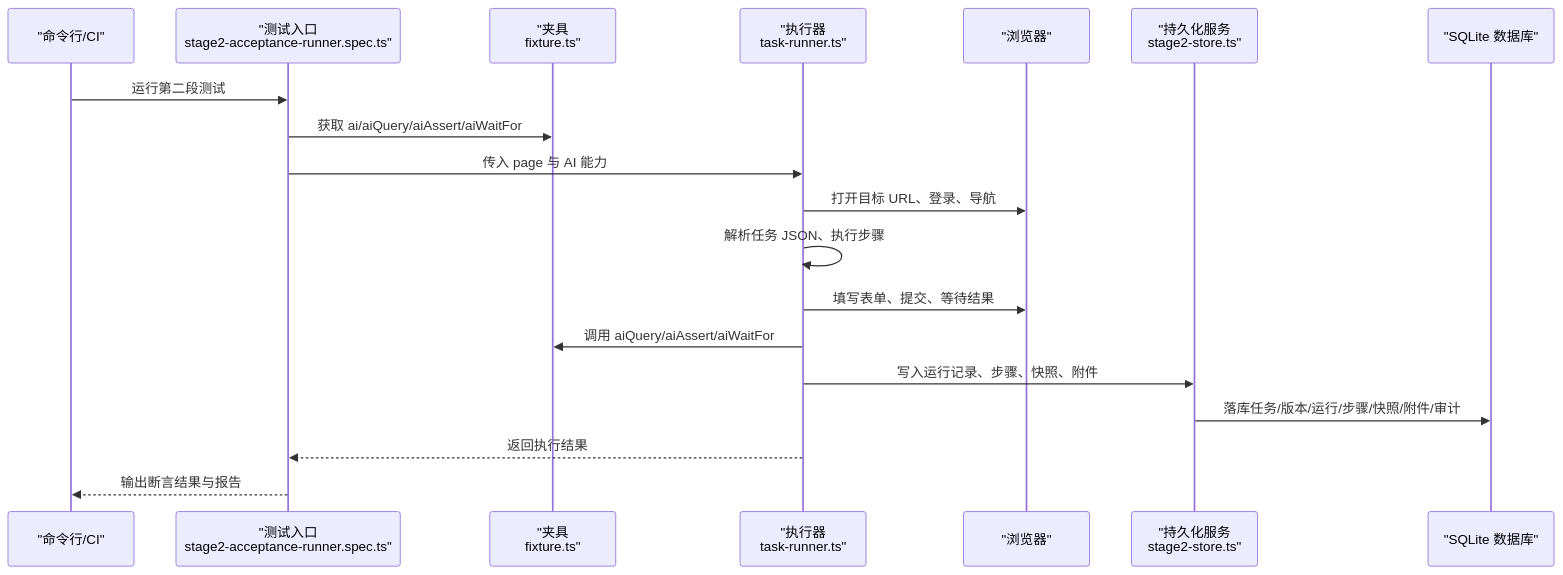
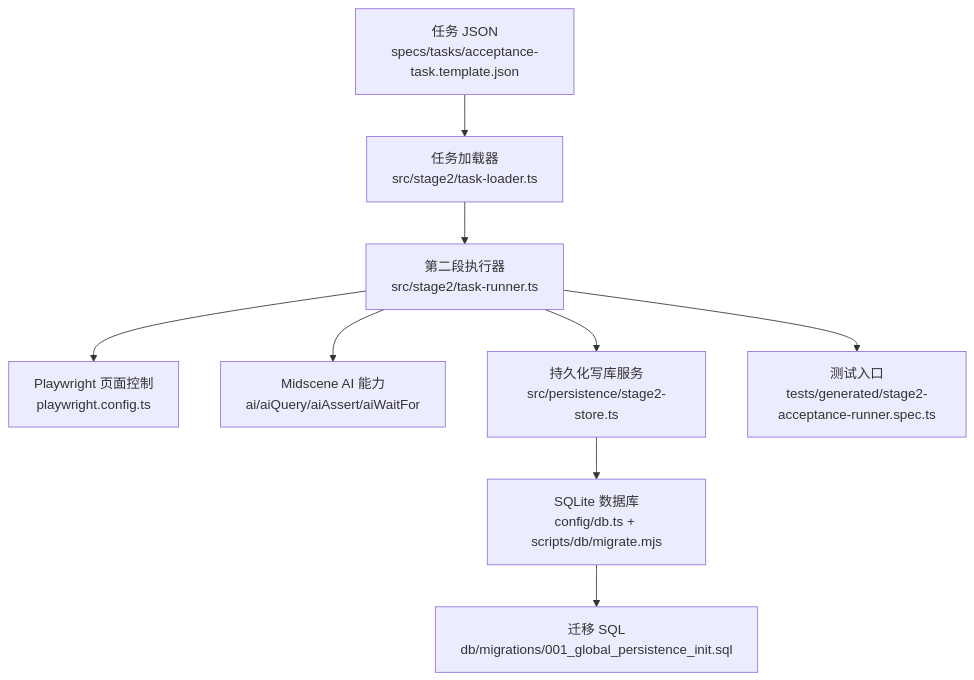
The second of 8 diagrams in .qoder/repowiki/zh/content/项目概述.md (Jiane-EJ/playwright-mind), drawn with Mermaid before and after one commit. The commit also changed other lines of this file and 151 other files, not shown here.

````diff
--- a/.qoder/repowiki/zh/content/项目概述.md
+++ b/.qoder/repowiki/zh/content/项目概述.md
@@ -134,21 +142,11 @@
 ```mermaid
-sequenceDiagram
-participant CLI as "命令行/CI"
-participant Spec as "测试入口<br/>stage2-acceptance-runner.spec.ts"
-participant Fix as "夹具<br/>fixture.ts"
-participant Runner as "执行器<br/>task-runner.ts"
-participant Browser as "浏览器"
-participant Store as "持久化服务<br/>stage2-store.ts"
-participant DB as "SQLite 数据库"
-CLI->>Spec : 运行第二段测试
-Spec->>Fix : 获取 ai/aiQuery/aiAssert/aiWaitFor
-Spec->>Runner : 传入 page 与 AI 能力
-Runner->>Browser : 打开目标 URL、登录、导航
-Runner->>Runner : 解析任务 JSON、执行步骤
-Runner->>Browser : 填写表单、提交、等待结果
-Runner->>Fix : 调用 aiQuery/aiAssert/aiWaitFor
-Runner->>Store : 写入运行记录、步骤、快照、附件
-Store->>DB : 落库任务/版本/运行/步骤/快照/附件/审计
-Runner-->>Spec : 返回执行结果
-Spec-->>CLI : 输出断言结果与报告
+graph TB
+A["任务 JSON<br/>specs/tasks/acceptance-task.template.json"] --> B["任务加载器<br/>src/stage2/task-loader.ts"]
+B --> C["第二段执行器<br/>src/stage2/task-runner.ts"]
+C --> D["Playwright 页面控制<br/>playwright.config.ts"]
+C --> E["Midscene AI 能力<br/>ai/aiQuery/aiAssert/aiWaitFor"]
+C --> F["持久化写库服务<br/>src/persistence/stage2-store.ts"]
+F --> G["SQLite 数据库<br/>config/db.ts + scripts/db/migrate.mjs"]
+G --> H["迁移 SQL<br/>db/migrations/001_global_persistence_init.sql"]
+C --> I["测试入口<br/>tests/generated/stage2-acceptance-runner.spec.ts"]
 ```
````
